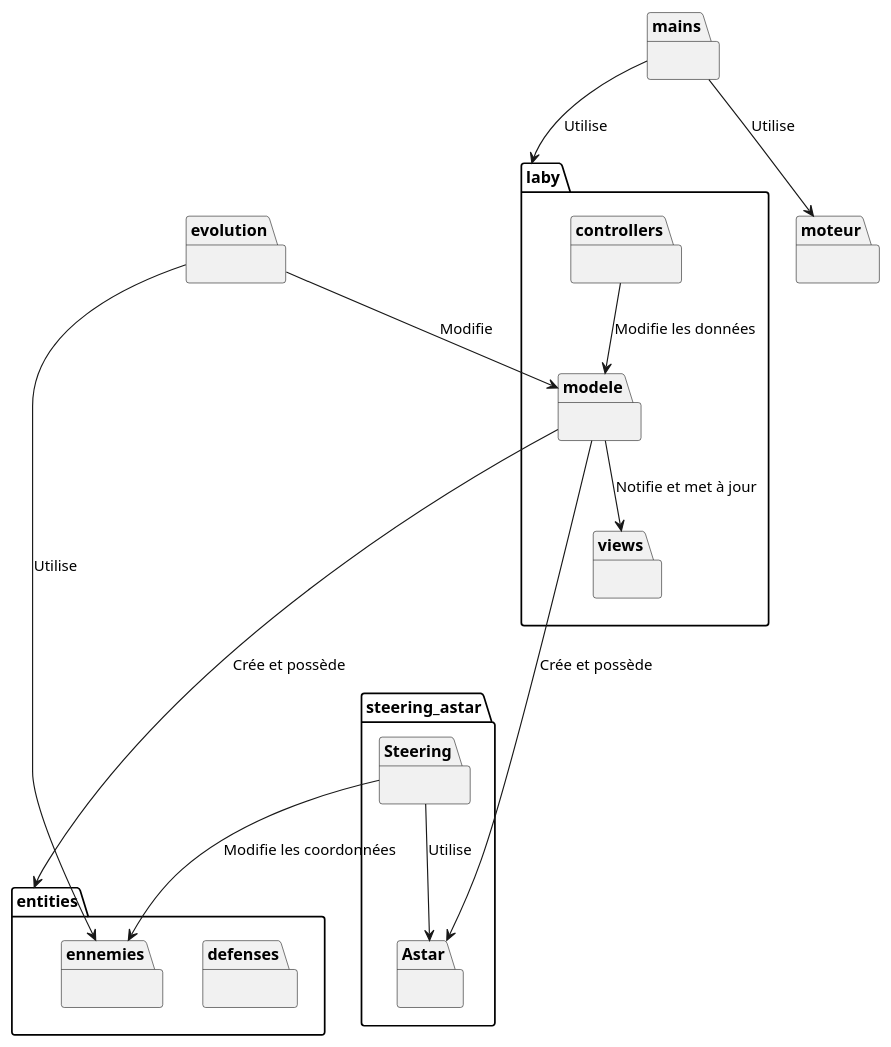
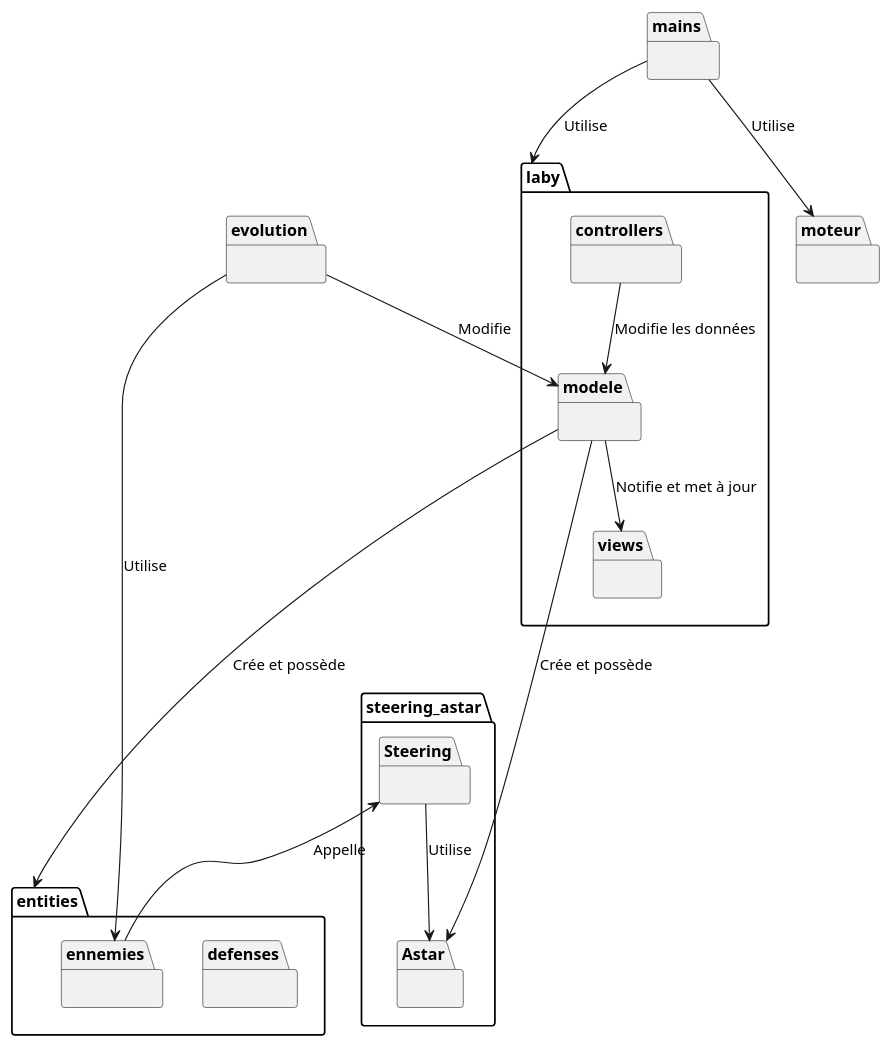
One commit to ED54000/Projet_Tutore_RA-IL2_BOURDON_BORTOLOTTI_ROTH_DUCHENE changed the diagram in Documents/05_Iteration_4/diag_classe_packages.puml. Above: the diagram before and after it, drawn with PlantUML. The commit also changed 4 other files, not shown here.

```diff
--- a/Documents/05_Iteration_4/diag_classe_packages.puml
+++ b/Documents/05_Iteration_4/diag_classe_packages.puml
@@ -1,51 +1,51 @@
 @startuml
 '' Déclaration des blocs
 package "entities" {
 }
 
 package "entities.defenses" {
 }
 
 package "entities.ennemies" {
 }
 
 package "evolution" {
 }
 
 package "laby"{
 }
 
 package "laby.controllers" {
 }
 
 package "laby.views" {
 }
 
 package "laby.modele" {
 }
 
 package "mains" {
 }
 
 package "moteur" {
 }
 
 package "steering_astar.Astar" {
 }
 
 package "steering_astar.Steering" {
 }
 
 '' Relations entre les blocs
 "mains" --> "moteur" : Utilise
 "mains" --> "laby" : Utilise
 "laby.controllers" --> "laby.modele" : Modifie les données
 "laby.modele" --> "laby.views" : Notifie et met à jour
 "laby.modele" --> "entities" : Crée et possède
 "laby.modele" ----> "steering_astar.Astar" : Crée et possède
 "steering_astar.Steering" --> "steering_astar.Astar" : Utilise
-"steering_astar.Steering" --> "entities.ennemies" : Modifie les coordonnées
+"steering_astar.Steering" <-- "entities.ennemies" : Appelle
 "evolution" --> "entities.ennemies" : Utilise
 "evolution" --> "laby.modele" : Modifie
 
 @enduml
```
